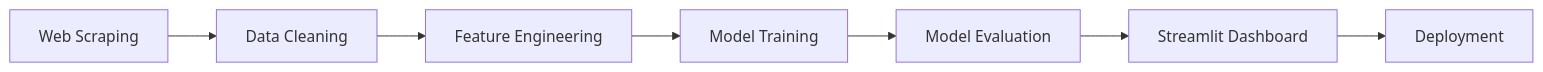
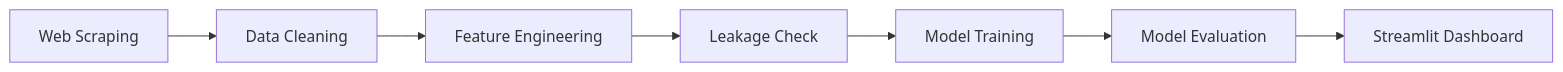
One commit to Elcebir71/funda-price-predictor changed the diagram in README.md. Above: the diagram before and after it, drawn with Mermaid. The commit also changed other lines of this file, not shown here.

Commit message:
Document target leakage fix and retraining workflow

````diff
--- a/README.md
+++ b/README.md
@@ -145,9 +190,9 @@
-```mermaid
+~~~mermaid
 graph LR
     A[Web Scraping] --> B[Data Cleaning]
     B --> C[Feature Engineering]
-    C --> D[Model Training]
-    D --> E[Model Evaluation]
-    E --> F[Streamlit Dashboard]
-    F --> G[Deployment]
-```
+    C --> D[Leakage Check]
+    D --> E[Model Training]
+    E --> F[Model Evaluation]
+    F --> G[Streamlit Dashboard]
+~~~
````
